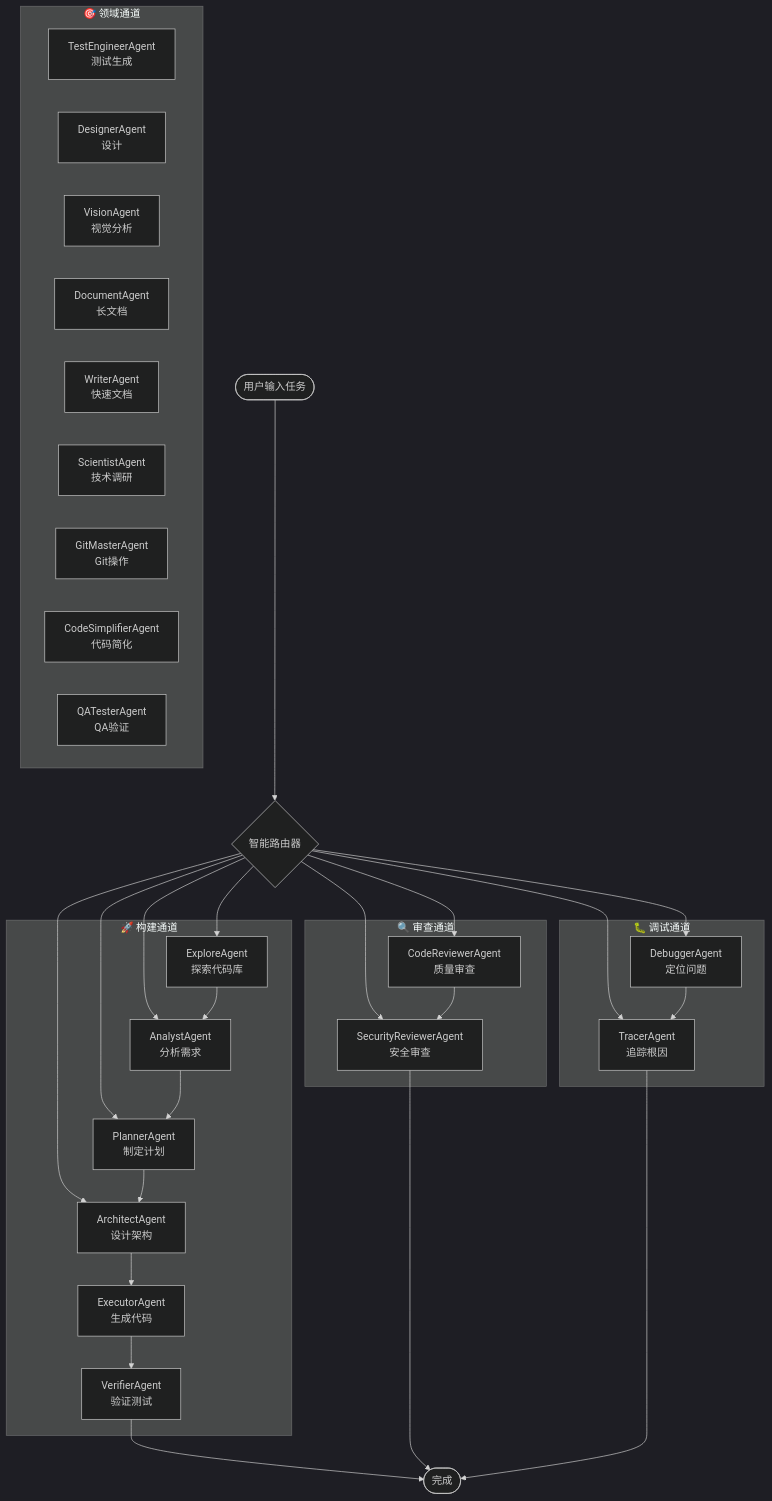
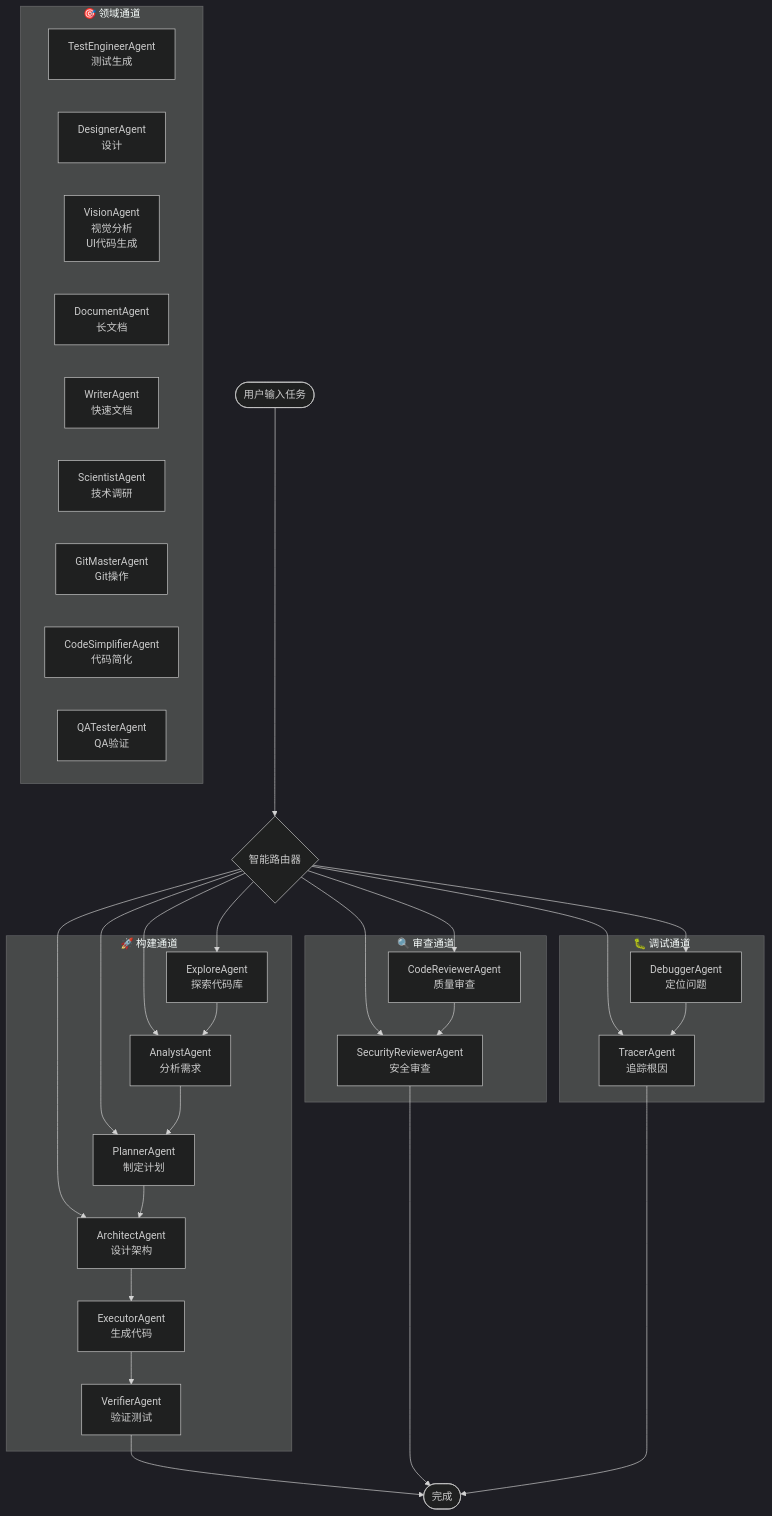
One commit to VOBC/oh-my-coder changed the diagram in README.md. Above: the diagram before and after it, drawn with Mermaid (dark theme). The commit also changed other lines of this file and 4 other files, not shown here.

First line of the commit message:
feat(vision): 扩展 VisionAgent 支持 UI 代码生成（截图→HTML/CSS/React）

````diff
--- a/README.md
+++ b/README.md
@@ -390,59 +390,59 @@
 ```mermaid
 flowchart TD
     User([用户输入任务])
     Router{智能路由器}
 
     subgraph Build["🚀 构建通道"]
         E[ExploreAgent<br/>探索代码库]
         A[AnalystAgent<br/>分析需求]
         P[PlannerAgent<br/>制定计划]
         AR[ArchitectAgent<br/>设计架构]
         EX[ExecutorAgent<br/>生成代码]
         V[VerifierAgent<br/>验证测试]
     end
 
     subgraph Review["🔍 审查通道"]
         CR[CodeReviewerAgent<br/>质量审查]
         SR[SecurityReviewerAgent<br/>安全审查]
     end
 
     subgraph Debug["🐛 调试通道"]
         DB[DebuggerAgent<br/>定位问题]
         TR[TracerAgent<br/>追踪根因]
     end
 
     subgraph Domain["🎯 领域通道"]
         TE[TestEngineerAgent<br/>测试生成]
         DS[DesignerAgent<br/>设计]
-        VI[VisionAgent<br/>视觉分析]
+        VI[VisionAgent<br/>视觉分析<br/>UI代码生成]
         DC[DocumentAgent<br/>长文档]
         WT[WriterAgent<br/>快速文档]
         SC[ScientistAgent<br/>技术调研]
         GM[GitMasterAgent<br/>Git操作]
         CS[CodeSimplifierAgent<br/>代码简化]
         QA[QATesterAgent<br/>QA验证]
     end
 
     User --> Router
     Router --> E
     Router --> A
     Router --> P
     Router --> AR
     Router --> CR
     Router --> SR
     Router --> DB
     Router --> TR
 
     E --> A
     A --> P
     P --> AR
     AR --> EX
     EX --> V
 
     DB --> TR
     CR --> SR
 
     V --> Result([完成])
     SR --> Result
     TR --> Result
 ```
````
